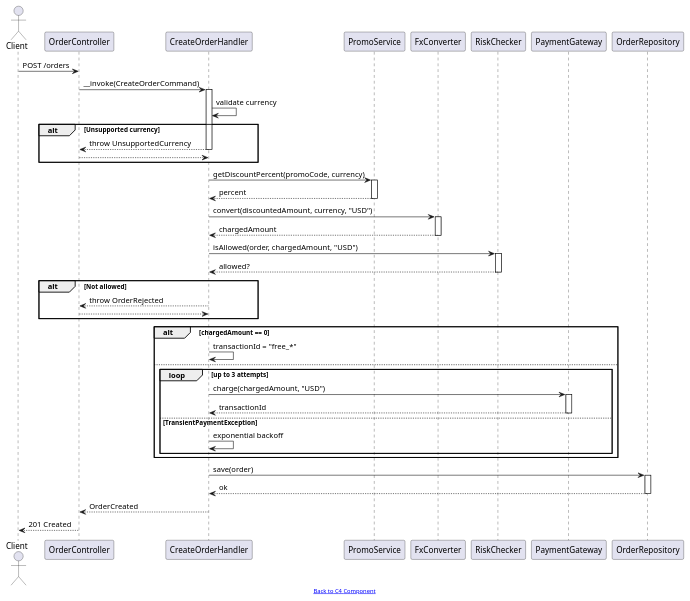
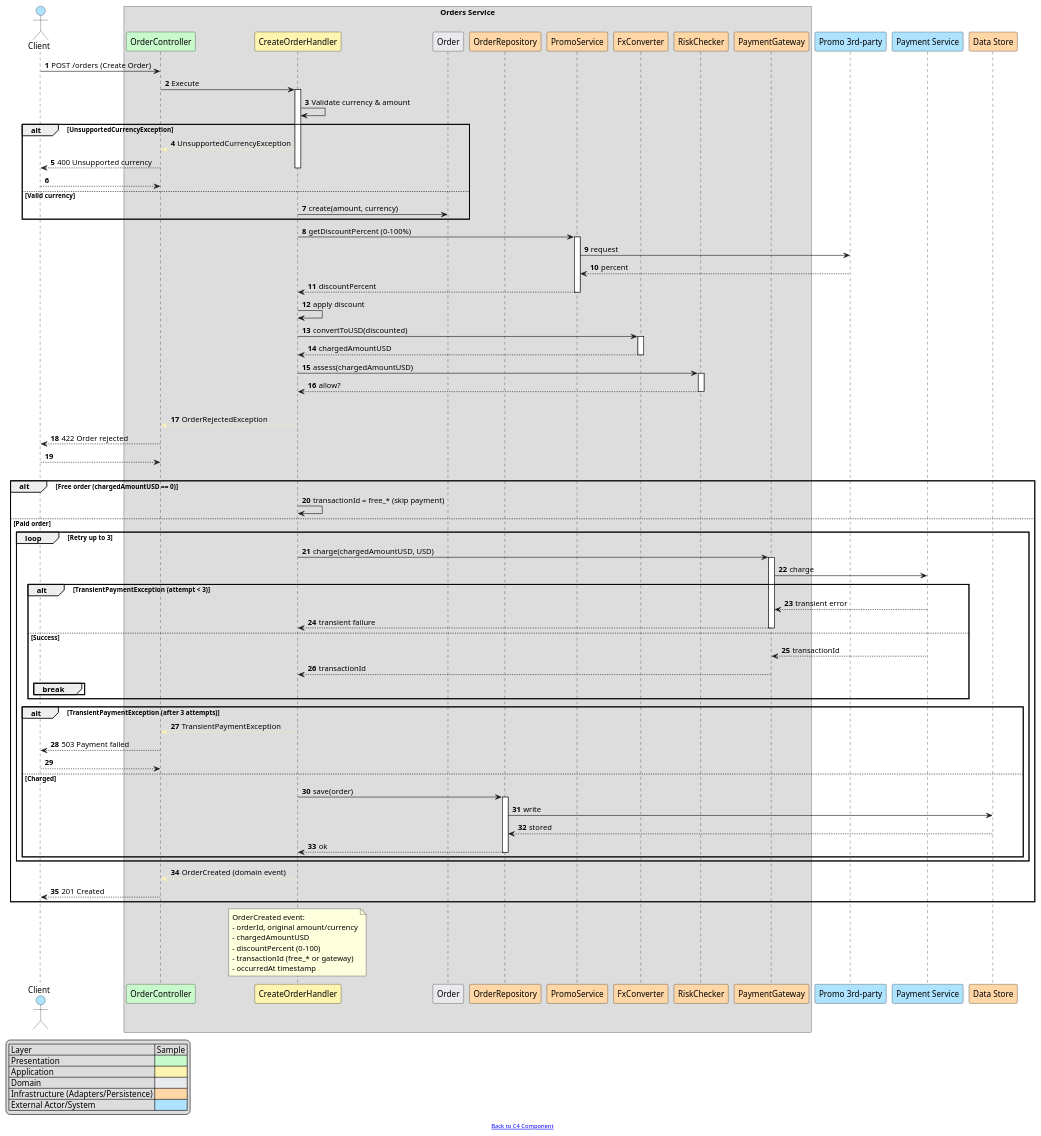
One commit to mundiir/meetup-2025-orders-service changed the diagram in docs/sequence-create-order.puml. Above: the diagram before and after it, drawn with PlantUML. The commit also changed 7 other files, not shown here.

```diff
--- a/docs/sequence-create-order.puml
+++ b/docs/sequence-create-order.puml
@@ -1,69 +1,117 @@
 @startuml
-' CreateOrder Use Case — Application Layer with activations
+' Create Order — Sequence with ports (two-hop), external Promo (blue), colored exception arrows
+autonumber
 
-actor Client
-participant "OrderController" as Controller
-participant "CreateOrderHandler" as Handler
-participant PromoService as Promo
-participant FxConverter as Fx
-participant RiskChecker as Risk
-participant PaymentGateway as Payment
-participant OrderRepository as Repo
+actor Client #AEE3FF
 
-Client -> Controller: POST /orders
-Controller -> Handler: __invoke(CreateOrderCommand)
-activate Handler
+box "Orders Service" #DDDDDD
+  participant OrderController #C7F9CC
+  participant CreateOrderHandler #FFF3B0
+  participant Order #E8EAED
+  participant OrderRepository #FFD6A5
+  participant PromoService #FFD6A5
+  participant FxConverter #FFD6A5
+  participant RiskChecker #FFD6A5
+  participant PaymentGateway #FFD6A5
+end box
 
-Handler -> Handler: validate currency
-alt Unsupported currency
-  Handler --> Controller: throw UnsupportedCurrency
-  deactivate Handler
+participant "Promo 3rd‑party" as PromoAPI #AEE3FF
+participant "Payment Service" as PaySvc #AEE3FF
+participant "Data Store" as DataStore #FFD6A5
+
+Client -> OrderController: POST /orders (Create Order)
+OrderController -> CreateOrderHandler: Execute
+activate CreateOrderHandler
+
+CreateOrderHandler -> CreateOrderHandler: Validate currency & amount
+alt UnsupportedCurrencyException
+  CreateOrderHandler -[#FFF3B0]-> OrderController: UnsupportedCurrencyException
+  OrderController --> Client: 400 Unsupported currency
+  deactivate CreateOrderHandler
   return
+else Valid currency
+  CreateOrderHandler -> Order: create(amount, currency)
 end
 
-Handler -> Promo: getDiscountPercent(promoCode, currency)
-activate Promo
-Promo --> Handler: percent
-deactivate Promo
+CreateOrderHandler -> PromoService: getDiscountPercent (0–100%)
+activate PromoService
+PromoService -> PromoAPI: request
+PromoAPI --> PromoService: percent
+PromoService --> CreateOrderHandler: discountPercent
+deactivate PromoService
+CreateOrderHandler -> CreateOrderHandler: apply discount
 
-Handler -> Fx: convert(discountedAmount, currency, "USD")
-activate Fx
-Fx --> Handler: chargedAmount
-deactivate Fx
+CreateOrderHandler -> FxConverter: convertToUSD(discounted)
+activate FxConverter
+FxConverter --> CreateOrderHandler: chargedAmountUSD
+deactivate FxConverter
 
-Handler -> Risk: isAllowed(order, chargedAmount, "USD")
-activate Risk
-Risk --> Handler: allowed?
-deactivate Risk
+CreateOrderHandler -> RiskChecker: assess(chargedAmountUSD)
+activate RiskChecker
+RiskChecker --> CreateOrderHandler: allow?
+deactivate RiskChecker
 
-alt Not allowed
-  Handler --> Controller: throw OrderRejected
-  deactivate Handler
+alt OrderRejectedException
+  CreateOrderHandler -[#FFF3B0]-> OrderController: OrderRejectedException
+  OrderController --> Client: 422 Order rejected
+  deactivate CreateOrderHandler
   return
+else Accepted
+  alt Free order (chargedAmountUSD == 0)
+    CreateOrderHandler -> CreateOrderHandler: transactionId = free_* (skip payment)
+  else Paid order
+    loop Retry up to 3
+      CreateOrderHandler -> PaymentGateway: charge(chargedAmountUSD, USD)
+      activate PaymentGateway
+      PaymentGateway -> PaySvc: charge
+      alt TransientPaymentException (attempt < 3)
+        PaySvc --> PaymentGateway: transient error
+        PaymentGateway --> CreateOrderHandler: transient failure
+        deactivate PaymentGateway
+      else Success
+        PaySvc --> PaymentGateway: transactionId
+        PaymentGateway --> CreateOrderHandler: transactionId
+        deactivate PaymentGateway
+        break
+      end
+    end
+    alt TransientPaymentException (after 3 attempts)
+      CreateOrderHandler -[#FFF3B0]-> OrderController: TransientPaymentException
+      OrderController --> Client: 503 Payment failed
+      deactivate CreateOrderHandler
+      return
+    else Charged
+      CreateOrderHandler -> OrderRepository: save(order)
+      activate OrderRepository
+      OrderRepository -> DataStore: write
+      DataStore --> OrderRepository: stored
+      OrderRepository --> CreateOrderHandler: ok
+      deactivate OrderRepository
+    end
+  end
+  CreateOrderHandler -[#FFF3B0]-> OrderController: OrderCreated (domain event)
+  OrderController --> Client: 201 Created
 end
 
-alt chargedAmount == 0
-  Handler -> Handler: transactionId = "free_*"
-else
-  loop up to 3 attempts
-    Handler -> Payment: charge(chargedAmount, "USD")
-    activate Payment
-    Payment --> Handler: transactionId
-    deactivate Payment
-  else TransientPaymentException
-    Handler -> Handler: exponential backoff
-  end
-end
+note over CreateOrderHandler
+OrderCreated event:
+- orderId, original amount/currency
+- chargedAmountUSD
+- discountPercent (0–100)
+- transactionId (free_* or gateway)
+- occurredAt timestamp
+end note
 
-Handler -> Repo: save(order)
-activate Repo
-Repo --> Handler: ok
-deactivate Repo
+autonumber stop
 
-Handler --> Controller: OrderCreated
-deactivate Handler
-Controller --> Client: 201 Created
+legend left
+  | Layer | Sample |
+  | Presentation | <#C7F9CC> |
+  | Application | <#FFF3B0> |
+  | Domain | <#E8EAED> |
+  | Infrastructure (Adapters/Persistence) | <#FFD6A5> |
+  | External Actor/System | <#AEE3FF> |
+endlegend
 
 footer [[https://mundiir.github.io/meetup-2025-orders-service/c4-component.svg Back to C4 Component]]
-
 @enduml
```
